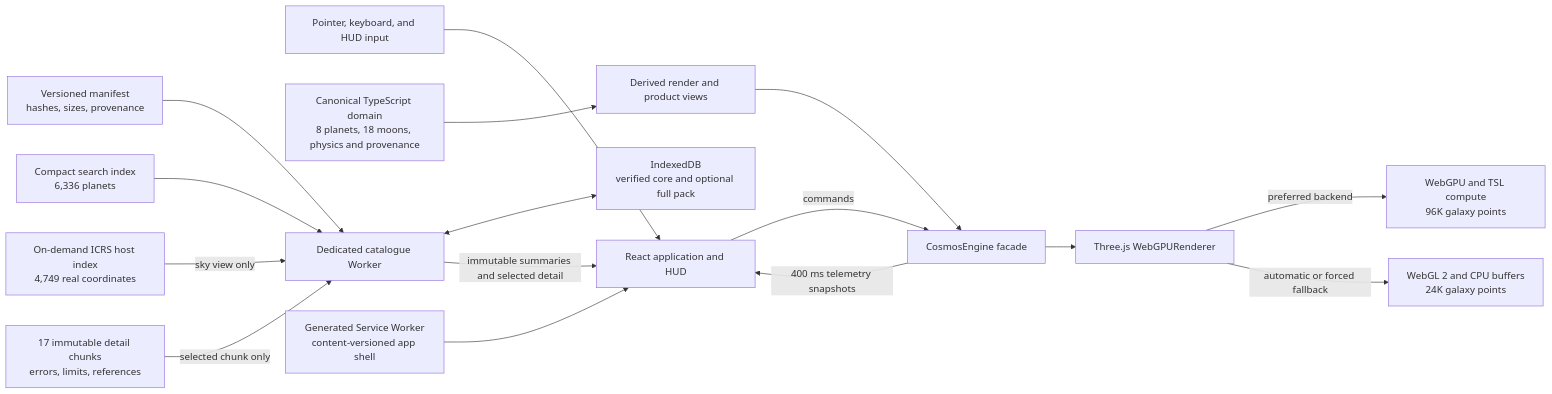
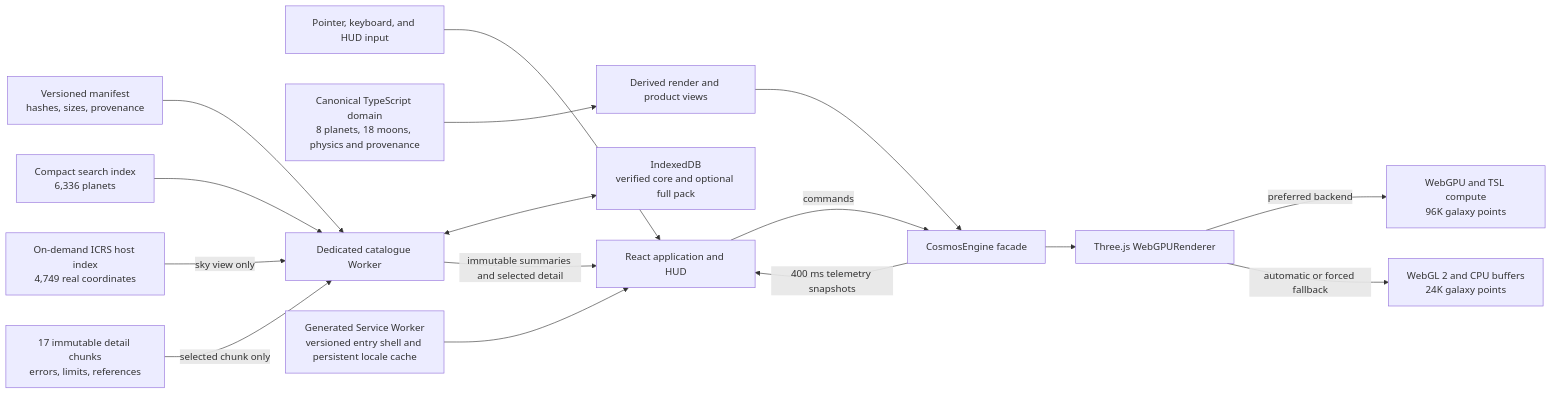
The diagram in README.md (tianrking/SpaceEngine-Web), drawn with Mermaid before and after one commit. The commit also changed other lines of this file and 1 other file, not shown here.

````diff
--- a/README.md
+++ b/README.md
@@ -200,18 +230,18 @@
 ```mermaid
 flowchart LR
   User["Pointer, keyboard, and HUD input"] --> UI["React application and HUD"]
   UI -->|commands| Engine["CosmosEngine facade"]
   Engine -->|400 ms telemetry snapshots| UI
   Domain["Canonical TypeScript domain<br/>8 planets, 18 moons, physics and provenance"] --> Catalog["Derived render and product views"]
   Catalog --> Engine
   Manifest["Versioned manifest<br/>hashes, sizes, provenance"] --> Worker["Dedicated catalogue Worker"]
   Index["Compact search index<br/>6,336 planets"] --> Worker
   HostSky["On-demand ICRS host index<br/>4,749 real coordinates"] -->|sky view only| Worker
   Detail["17 immutable detail chunks<br/>errors, limits, references"] -->|selected chunk only| Worker
   Worker <--> IDB["IndexedDB<br/>verified core and optional full pack"]
   Worker -->|immutable summaries and selected detail| UI
-  SW["Generated Service Worker<br/>content-versioned app shell"] --> UI
+  SW["Generated Service Worker<br/>versioned entry shell and persistent locale cache"] --> UI
   Engine --> Renderer["Three.js WebGPURenderer"]
   Renderer -->|preferred backend| GPU["WebGPU and TSL compute<br/>96K galaxy points"]
   Renderer -->|automatic or forced fallback| GL["WebGL 2 and CPU buffers<br/>24K galaxy points"]
 ```
````
